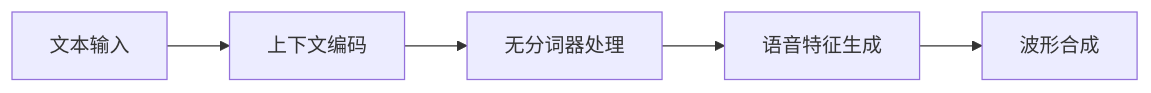
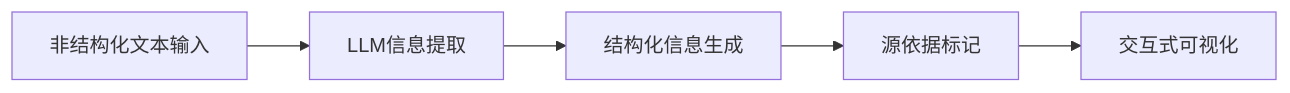
Before and after one commit to wayyoungboy/github-trending-reporter: the second of 6 diagrams in reports/2026/01/2026-01-20.md, drawn with Mermaid. The commit also changed other lines of this file and 1 other file, not shown here.

````diff
--- a/reports/2026/01/2026-01-20.md
+++ b/reports/2026/01/2026-01-20.md
@@ -107,7 +110,7 @@
 ```mermaid
 graph LR
-    A[文本输入] --> B[上下文编码]
-    B --> C[无分词器处理]
-    C --> D[语音特征生成]
-    D --> E[波形合成]
+    A[非结构化文本输入] --> B[LLM信息提取]
+    B --> C[结构化信息生成]
+    C --> D[源依据标记]
+    D --> E[交互式可视化]
 ```
````
